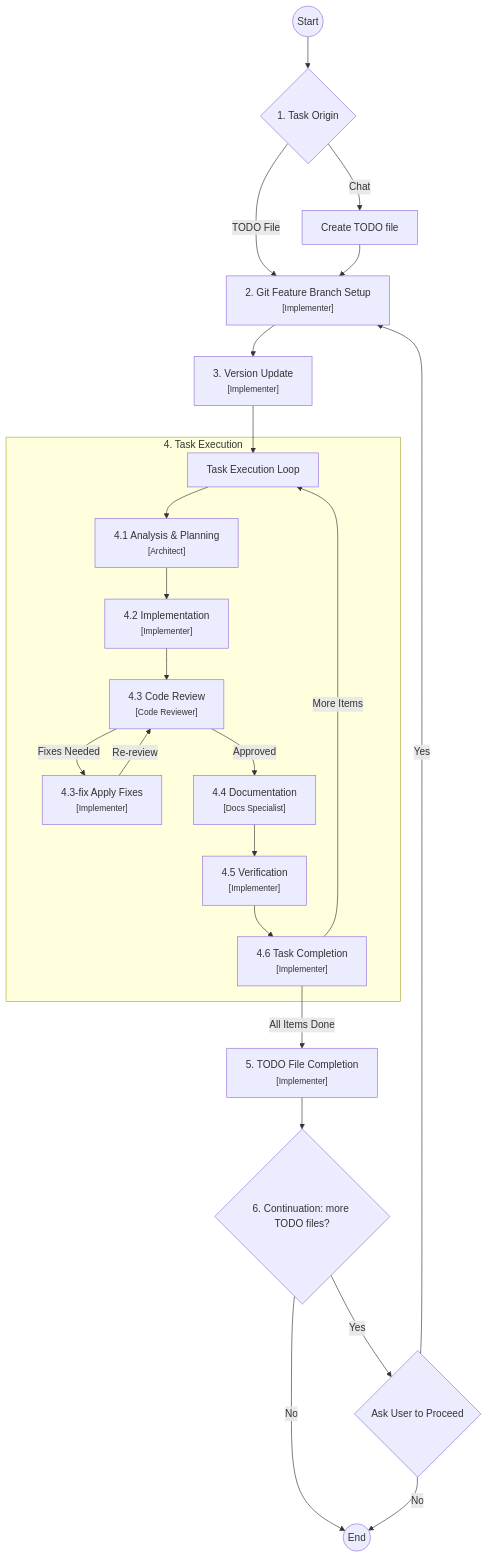
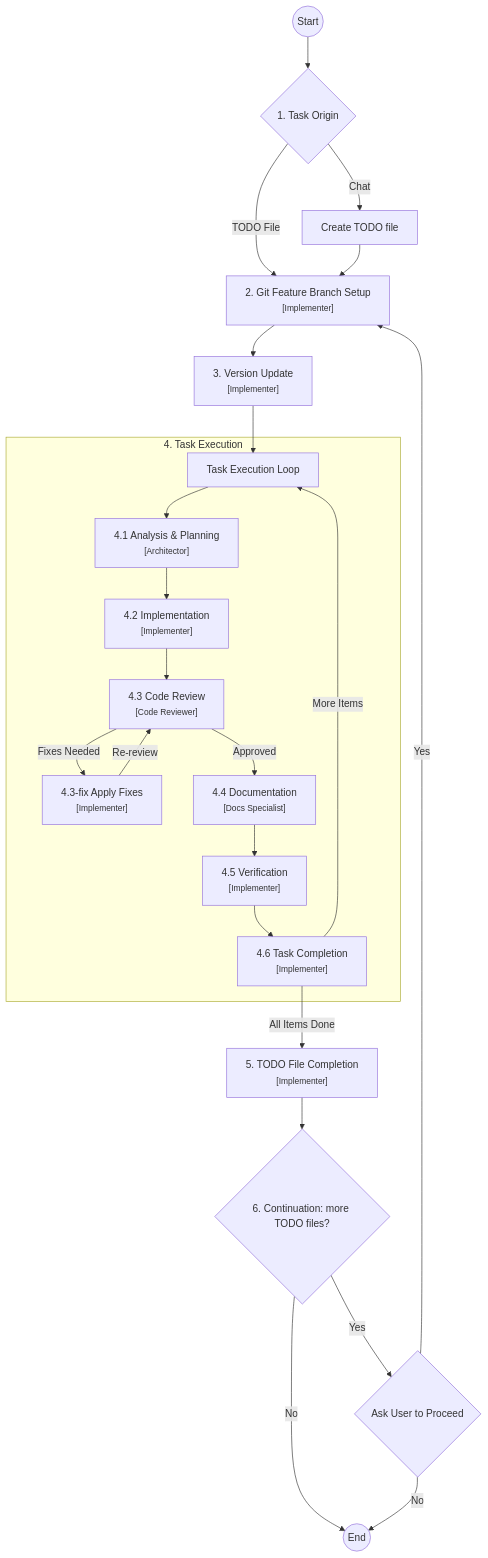
The diagram in README.md (kazuyakuza/cobranza-app_events-toolkit), drawn with Mermaid before and after one commit. The commit also changed other lines of this file and 2 other files, not shown here.

Commit message:
fix: rename architect agent references to architector

````diff
--- a/README.md
+++ b/README.md
@@ -44,26 +44,26 @@
 ```mermaid
 graph TD
     Start((Start)) --> Origin{1. Task Origin}
     Origin -- Chat --> CreateTodo[Create TODO file]
     Origin -- TODO File --> GitSetup["2. Git Feature Branch Setup<br/><small>[Implementer]</small>"]
     CreateTodo --> GitSetup
     GitSetup --> VersionUpdate["3. Version Update<br/><small>[Implementer]</small>"]
     VersionUpdate --> Execution[Task Execution Loop]
     subgraph ExecutionProcess [4. Task Execution]
-        Execution --> Analysis["4.1 Analysis & Planning<br/><small>[Architect]</small>"]
+        Execution --> Analysis["4.1 Analysis & Planning<br/><small>[Architector]</small>"]
         Analysis --> Implementation["4.2 Implementation<br/><small>[Implementer]</small>"]
         Implementation --> CodeReview["4.3 Code Review<br/><small>[Code Reviewer]</small>"]
         CodeReview -- Fixes Needed --> Fixes["4.3-fix Apply Fixes<br/><small>[Implementer]</small>"]
         Fixes -- Re-review --> CodeReview
         CodeReview -- Approved --> Documentation["4.4 Documentation<br/><small>[Docs Specialist]</small>"]
         Documentation --> Check["4.5 Verification<br/><small>[Implementer]</small>"]
         Check --> TaskCompletion["4.6 Task Completion<br/><small>[Implementer]</small>"]
     end
     TaskCompletion -- More Items --> Execution
     TaskCompletion -- All Items Done --> TodoCompletion["5. TODO File Completion<br/><small>[Implementer]</small>"]
     TodoCompletion --> Continuation{6. Continuation: more TODO files?}
     Continuation -- Yes --> Ask{Ask User to Proceed}
     Continuation -- No --> End((End))
     Ask -- Yes --> GitSetup
     Ask -- No --> End
 ```
````
